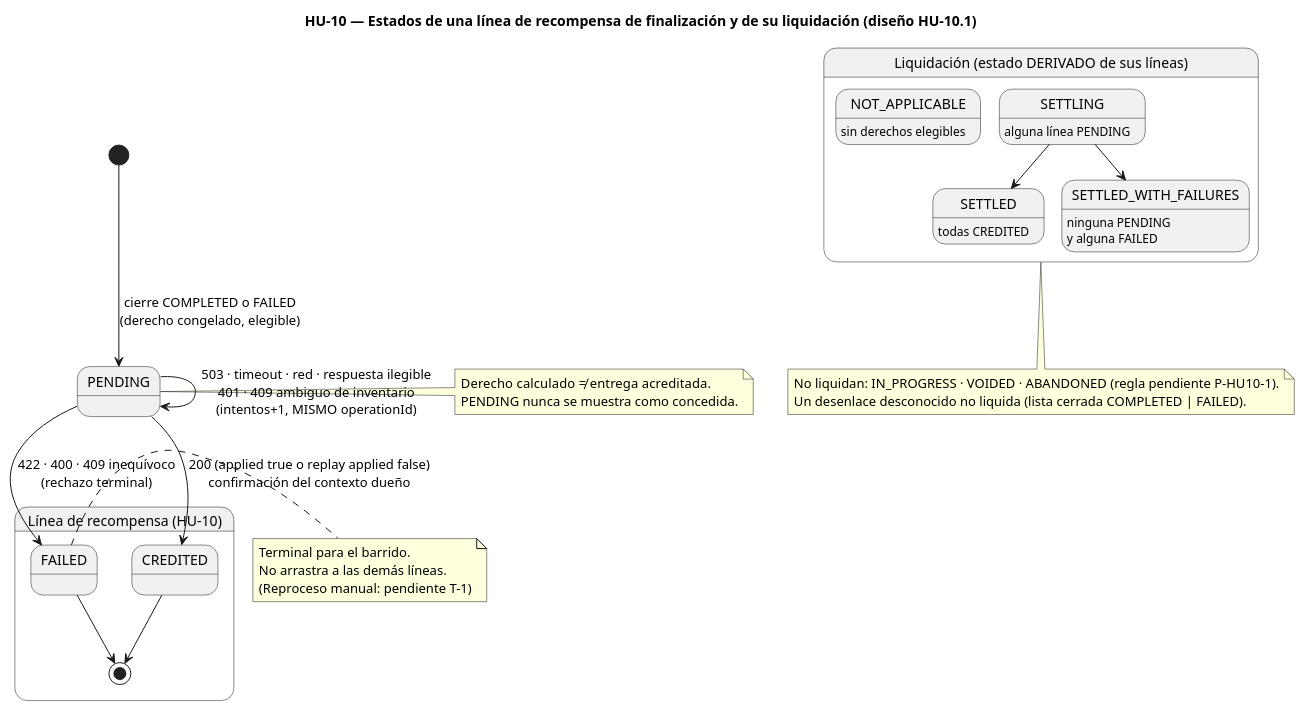
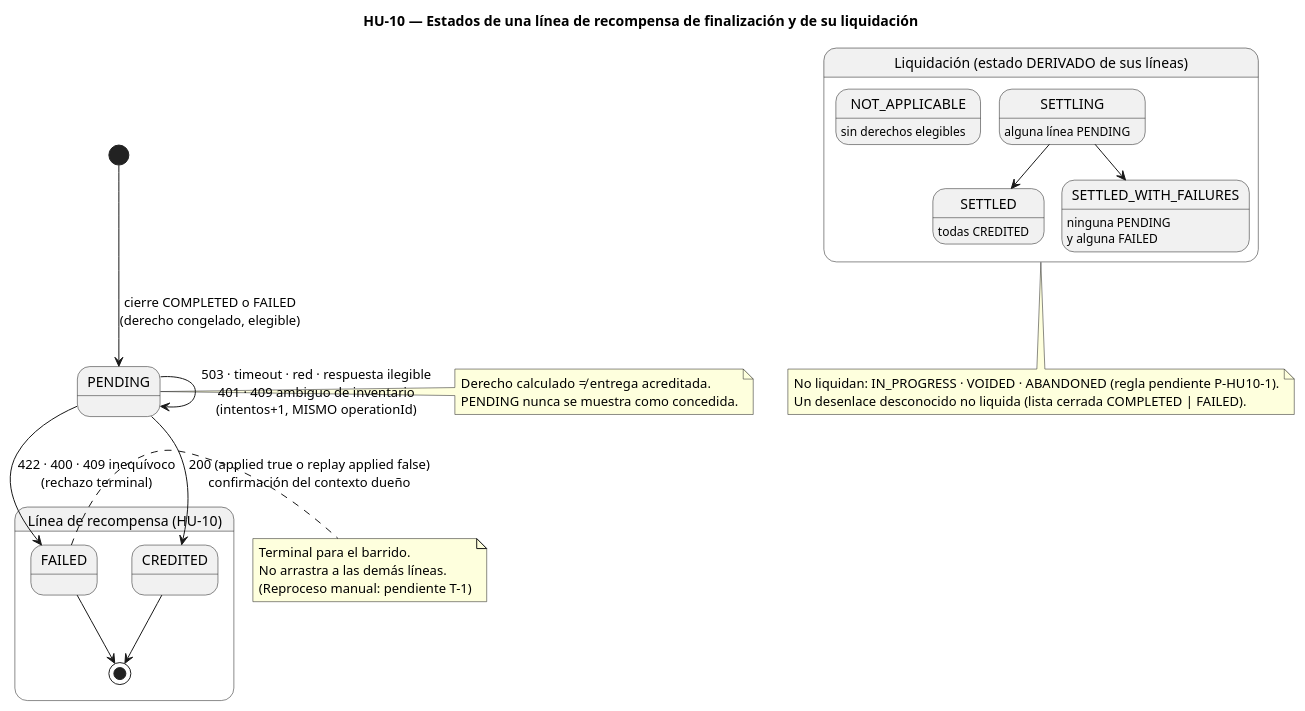
The diagram in docs/diagrams/hu-10-state-mission-reward.puml (Nexus-Battle-VI/Nexus-Battle-Infrastructure), drawn with PlantUML before and after one commit. The commit also changed 10 other files, not shown here.

```diff
--- a/docs/diagrams/hu-10-state-mission-reward.puml
+++ b/docs/diagrams/hu-10-state-mission-reward.puml
@@ -1,42 +1,42 @@
 @startuml hu-10-state-mission-reward
-title HU-10 — Estados de una línea de recompensa de finalización y de su liquidación (diseño HU-10.1)
+title HU-10 — Estados de una línea de recompensa de finalización y de su liquidación
 
 [*] --> PENDING : cierre COMPLETED o FAILED\n(derecho congelado, elegible)
 
 state "Línea de recompensa (HU-10)" as Line {
   state PENDING
   state CREDITED
   state FAILED
 
   PENDING --> CREDITED : 200 (applied true o replay applied false)\nconfirmación del contexto dueño
   PENDING --> FAILED : 422 · 400 · 409 inequívoco\n(rechazo terminal)
   PENDING --> PENDING : 503 · timeout · red · respuesta ilegible\n401 · 409 ambiguo de inventario\n(intentos+1, MISMO operationId)
   CREDITED --> [*]
   FAILED --> [*]
 }
 
 note right of PENDING
   Derecho calculado ≠ entrega acreditada.
   PENDING nunca se muestra como concedida.
 end note
 
 note right of FAILED
   Terminal para el barrido.
   No arrastra a las demás líneas.
   (Reproceso manual: pendiente T-1)
 end note
 
 state "Liquidación (estado DERIVADO de sus líneas)" as Settlement {
   state NOT_APPLICABLE : sin derechos elegibles
   state SETTLING : alguna línea PENDING
   state SETTLED : todas CREDITED
   state SETTLED_WITH_FAILURES : ninguna PENDING\ny alguna FAILED
   SETTLING --> SETTLED
   SETTLING --> SETTLED_WITH_FAILURES
 }
 
 note bottom of Settlement
   No liquidan: IN_PROGRESS · VOIDED · ABANDONED (regla pendiente P-HU10-1).
   Un desenlace desconocido no liquida (lista cerrada COMPLETED | FAILED).
 end note
 @enduml
```
